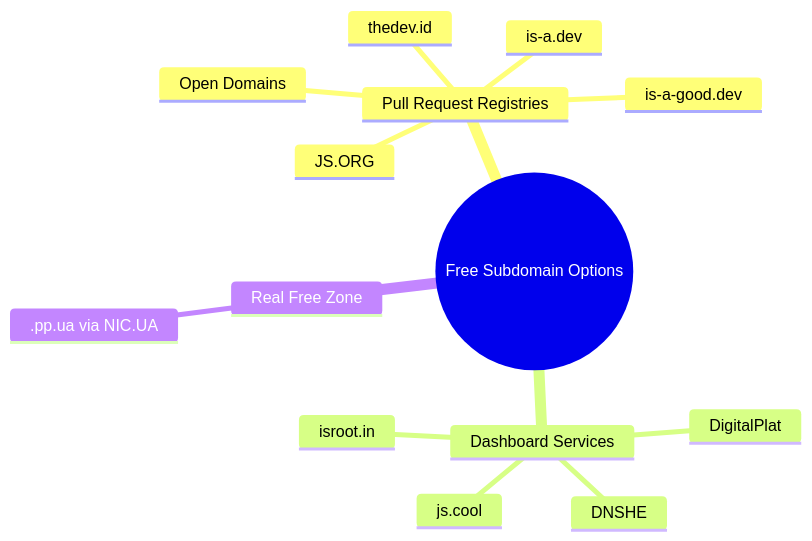
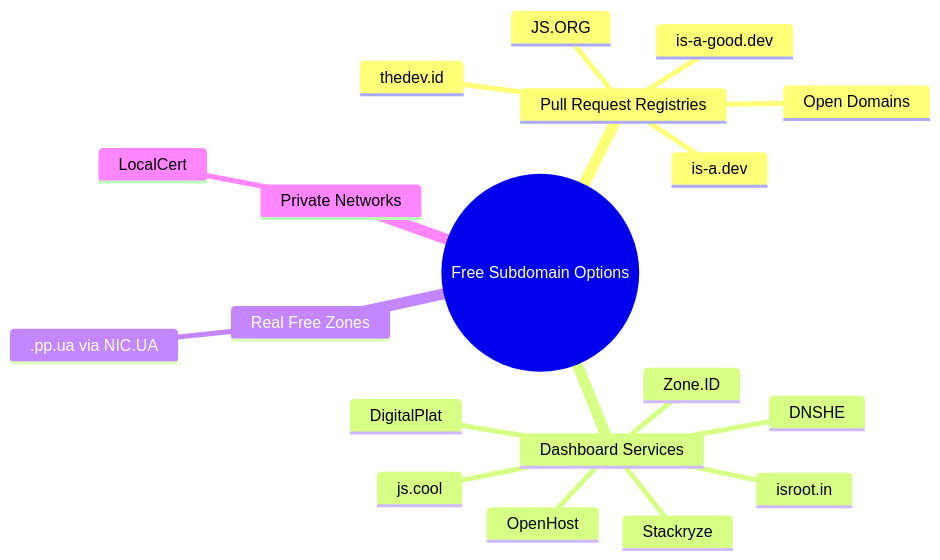
Before and after one commit to f9xr/dev9b: the diagram in content/post/free-subdomains-for-developers-list/index.md, drawn with Mermaid. The commit also changed other lines of this file and 3 other files, not shown here.

Commit message:
Publish LocalCert free subdomain API setup guide; add cover image and inbound link

````diff
--- a/content/post/free-subdomains-for-developers-list/index.md
+++ b/content/post/free-subdomains-for-developers-list/index.md
@@ -161,17 +199,22 @@
 ```mermaid
 mindmap
   root((Free Subdomain Options))
     Pull Request Registries
         JS.ORG
         is-a.dev
         is-a-good.dev
         Open Domains
         thedev.id
     Dashboard Services
         DigitalPlat
         DNSHE
         isroot.in
         js.cool
-    Real Free Zone
+        Stackryze
+        OpenHost
+        Zone.ID
+    Real Free Zones
         .pp.ua via NIC.UA
+    Private Networks
+        LocalCert
 ```
````
